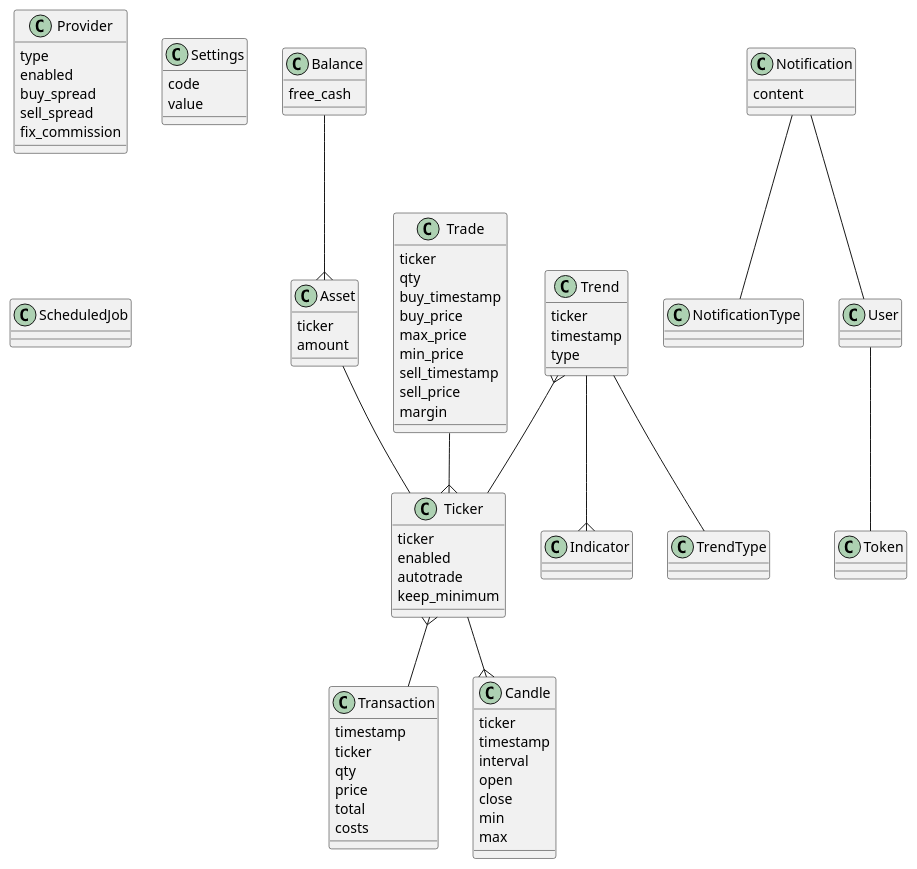
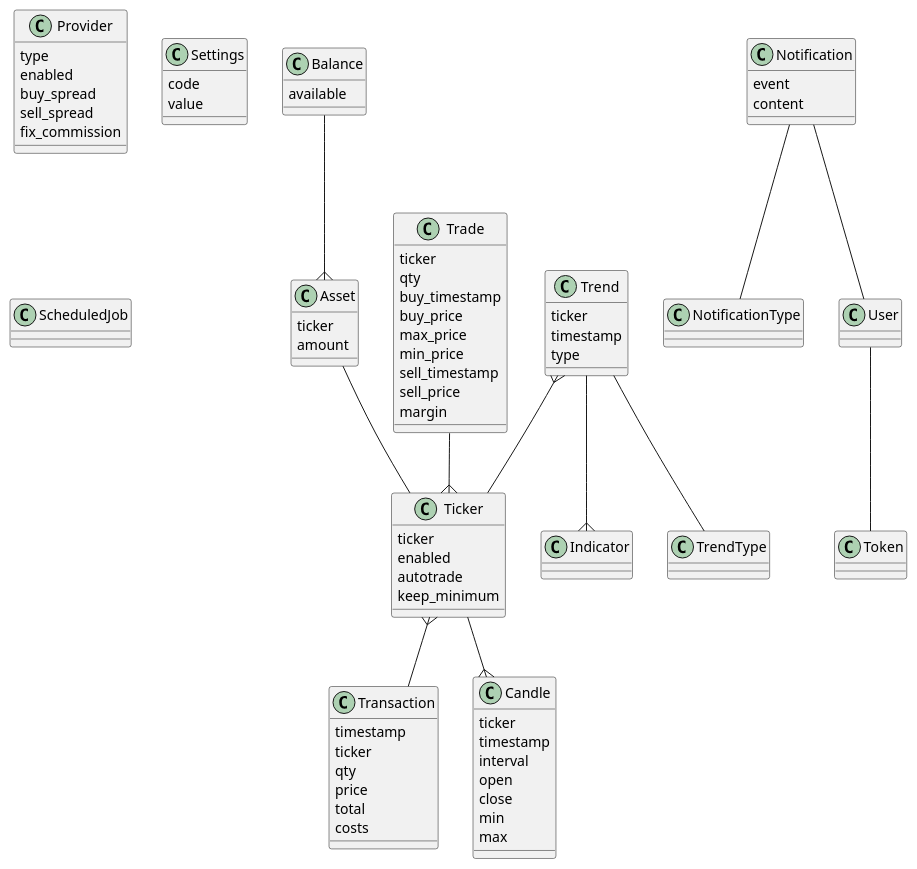
The diagram in docs/model.plantuml (mastershadow/wows), drawn with PlantUML before and after one commit. The commit also changed 9 other files, not shown here.

```diff
--- a/docs/model.plantuml
+++ b/docs/model.plantuml
@@ -1,108 +1,109 @@
 @startuml model
 class Balance {
-  free_cash
+  available
 }
 
 class Asset {
   ticker
   amount
 }
 
 Balance --{ Asset
 Asset -- Ticker
 
 class Trade {
   ticker
   qty
   buy_timestamp
   buy_price
   max_price
   min_price
   sell_timestamp
   sell_price
   margin
 
 }
 
 class Transaction {
   timestamp
   ticker
   qty
   price
   total
   costs
 }
 
 class Ticker {
   ticker
   enabled
   autotrade
   keep_minimum
 }
 
 class Candle {
   ticker
   timestamp
   interval
   open
   close
   min
   max
 }
 
 Ticker --{ Candle
 Ticker }-- Transaction
 Trade --{ Ticker
 Trend }-- Ticker
 
 class Provider {
   type
   enabled
   buy_spread
   sell_spread
   fix_commission
 }
 
 class Trend {
   ticker
   timestamp
   type
 }
 
 class Indicator {
 
 }
 
 class TrendType {
 }
 
 Trend -- TrendType
 Trend --{ Indicator
 
 class Settings {
   code
   value
 }
 
 class Notification {
+  event
   content
 }
 
 class NotificationType
 
 Notification -- NotificationType
 
 class ScheduledJob {
 }
 
 class User {
 
 }
 
 class Token {
 
 }
 
 User -- Token
 Notification -- User
 @enduml
```
